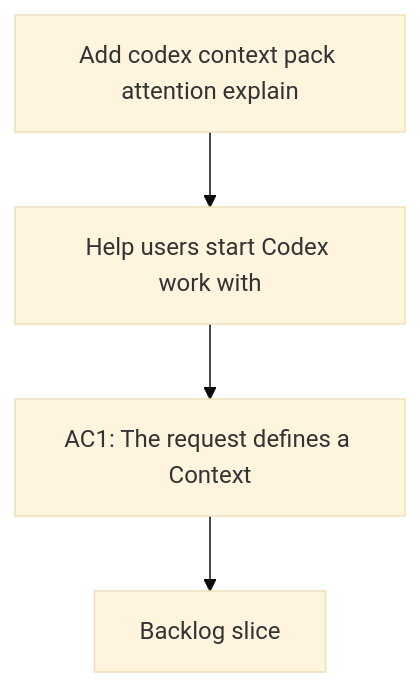
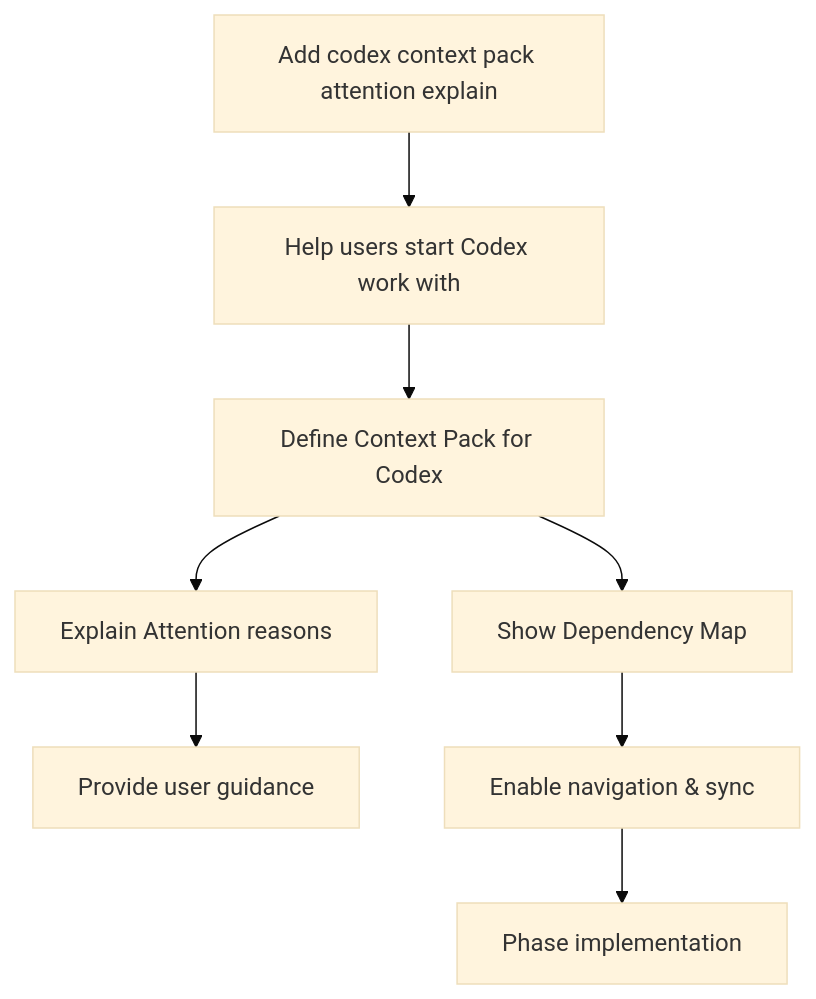
Before and after one commit to AlexAgo83/logics-manager: the diagram in logics/request/req_056_add_codex_context_pack_attention_explain_and_dependency_map.md, drawn with Mermaid (base theme). The commit also changed other lines of this file and 54 other files, not shown here.

````diff
--- a/logics/request/req_056_add_codex_context_pack_attention_explain_and_dependency_map.md
+++ b/logics/request/req_056_add_codex_context_pack_attention_explain_and_dependency_map.md
@@ -30,8 +30,12 @@
 ```mermaid
 %% logics-kind: request
 %% logics-signature: request|add-codex-context-pack-attention-explain|help-users-start-codex-work-with|ac1-the-request-defines-a-context
 flowchart TD
     Trigger[Add codex context pack attention explain] --> Need[Help users start Codex work with]
-    Need --> Outcome[AC1: The request defines a Context]
-    Outcome --> Backlog[Backlog slice]
+    Need --> Outcome[Define Context Pack for Codex]
+    Outcome --> Attention[Explain Attention reasons]
+    Outcome --> DepMap[Show Dependency Map]
+    Attention --> Guide[Provide user guidance]
+    DepMap --> Nav[Enable navigation & sync]
+    Nav --> Phase[Phase implementation]
 ```
````
